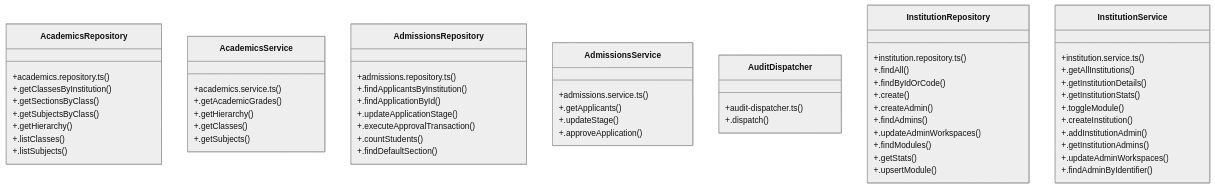
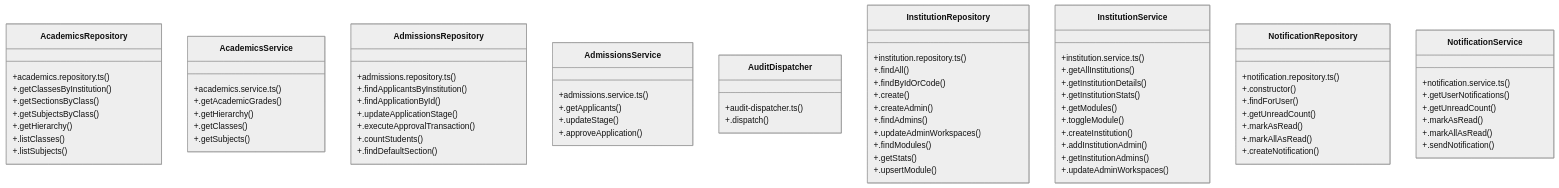
Before and after one commit to laxminivas06/vidforum: the diagram in graphify-out/wiki/[query_&_AcademicsRepository]_Cluster.md, drawn with Mermaid (neutral theme). The commit also changed other lines of this file and 212 other files, not shown here.

````diff
--- a/graphify-out/wiki/[query_&_AcademicsRepository]_Cluster.md
+++ b/graphify-out/wiki/[query_&_AcademicsRepository]_Cluster.md
@@ -36,62 +36,79 @@
 ```mermaid
 classDiagram
     class AcademicsRepository {
         +academics.repository.ts()
         +.getClassesByInstitution()
         +.getSectionsByClass()
         +.getSubjectsByClass()
         +.getHierarchy()
         +.listClasses()
         +.listSubjects()
     }
     class AcademicsService {
         +academics.service.ts()
         +.getAcademicGrades()
         +.getHierarchy()
         +.getClasses()
         +.getSubjects()
     }
     class AdmissionsRepository {
         +admissions.repository.ts()
         +.findApplicantsByInstitution()
         +.findApplicationById()
         +.updateApplicationStage()
         +.executeApprovalTransaction()
         +.countStudents()
         +.findDefaultSection()
     }
     class AdmissionsService {
         +admissions.service.ts()
         +.getApplicants()
         +.updateStage()
         +.approveApplication()
     }
     class AuditDispatcher {
         +audit-dispatcher.ts()
         +.dispatch()
     }
     class InstitutionRepository {
         +institution.repository.ts()
         +.findAll()
         +.findByIdOrCode()
         +.create()
         +.createAdmin()
         +.findAdmins()
         +.updateAdminWorkspaces()
         +.findModules()
         +.getStats()
         +.upsertModule()
     }
     class InstitutionService {
         +institution.service.ts()
         +.getAllInstitutions()
         +.getInstitutionDetails()
         +.getInstitutionStats()
+        +.getModules()
         +.toggleModule()
         +.createInstitution()
         +.addInstitutionAdmin()
         +.getInstitutionAdmins()
         +.updateAdminWorkspaces()
-        +.findAdminByIdentifier()
+    }
+    class NotificationRepository {
+        +notification.repository.ts()
+        +.constructor()
+        +.findForUser()
+        +.getUnreadCount()
+        +.markAsRead()
+        +.markAllAsRead()
+        +.createNotification()
+    }
+    class NotificationService {
+        +notification.service.ts()
+        +.getUserNotifications()
+        +.getUnreadCount()
+        +.markAsRead()
+        +.markAllAsRead()
+        +.sendNotification()
     }
 ```
````
